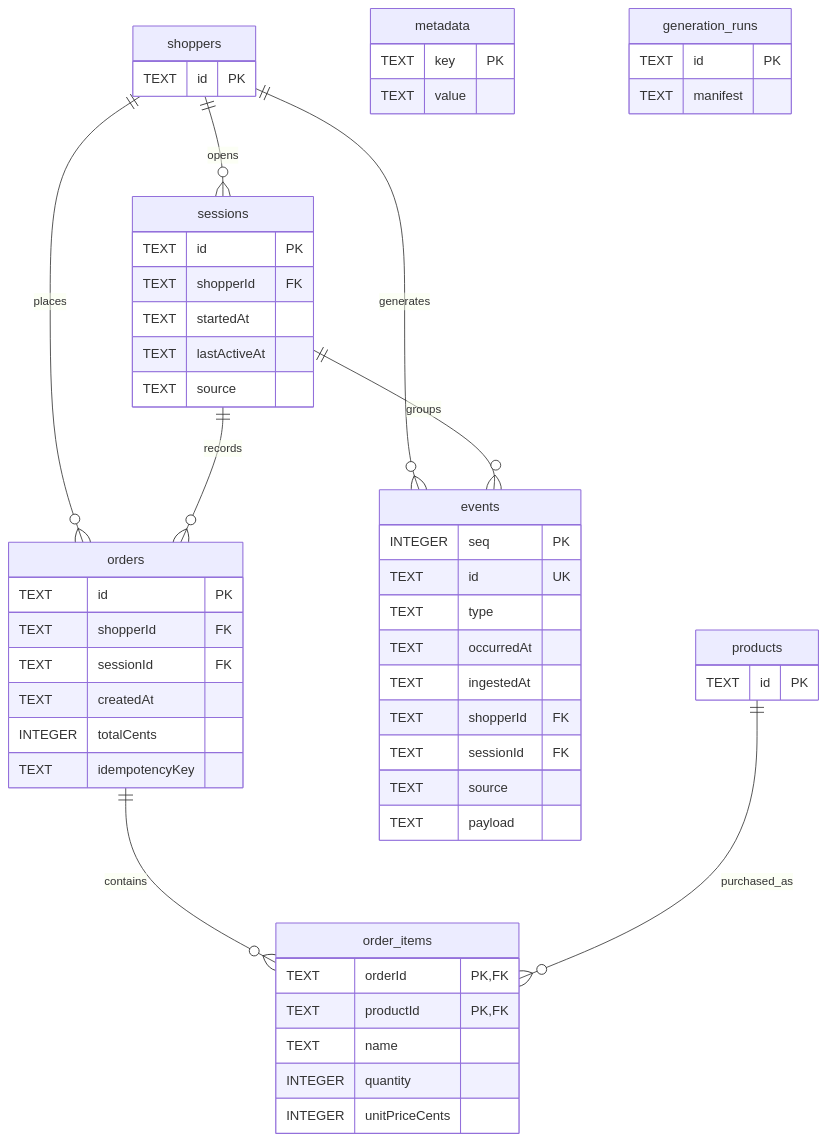
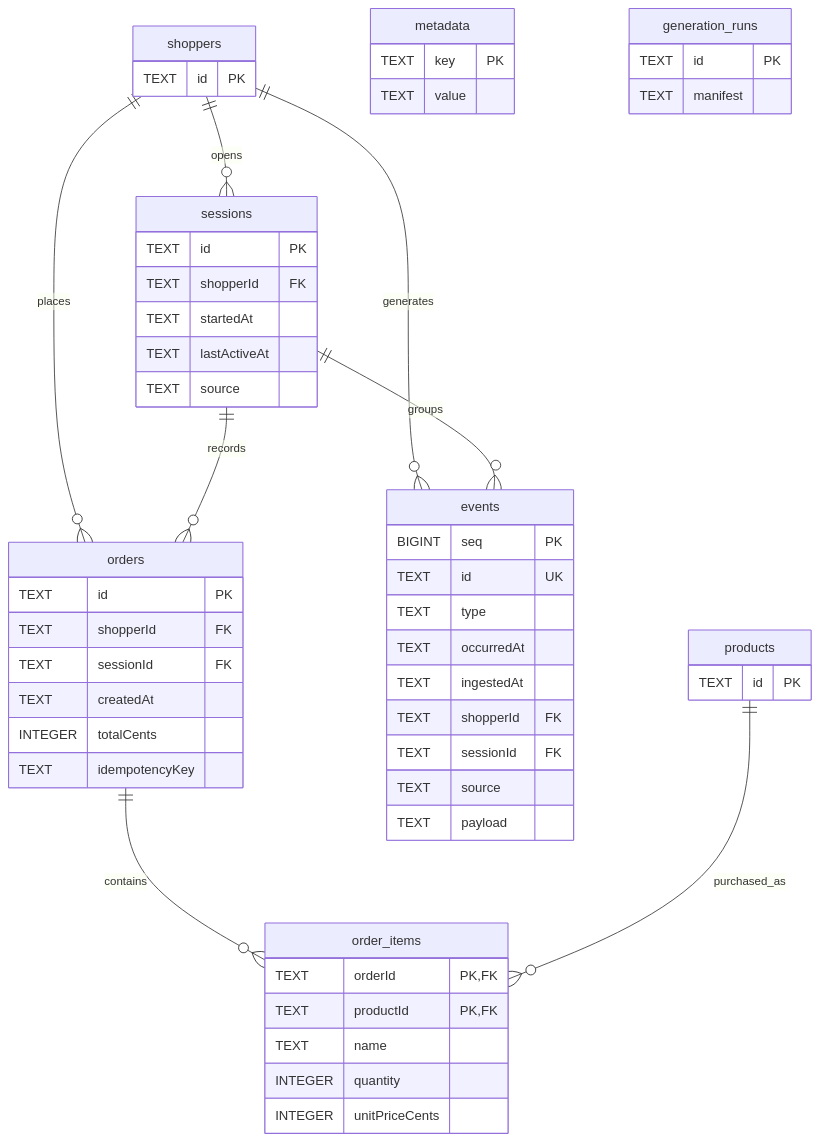
Before and after one commit to caiqueanjos/recsys-project: the second of 2 diagrams in docs/implementation/data-model.md, drawn with Mermaid. The commit also changed other lines of this file and 32 other files, not shown here.

````diff
--- a/docs/implementation/data-model.md
+++ b/docs/implementation/data-model.md
@@ -64,58 +67,58 @@
 ```mermaid
 erDiagram
     shoppers ||--o{ sessions : opens
     shoppers ||--o{ orders : places
     sessions ||--o{ orders : records
     shoppers ||--o{ events : generates
     sessions ||--o{ events : groups
     orders ||--o{ order_items : contains
     products ||--o{ order_items : purchased_as
 
     shoppers {
         TEXT id PK
     }
     products {
         TEXT id PK
     }
     sessions {
         TEXT id PK
         TEXT shopperId FK
         TEXT startedAt
         TEXT lastActiveAt
         TEXT source
     }
     orders {
         TEXT id PK
         TEXT shopperId FK
         TEXT sessionId FK
         TEXT createdAt
         INTEGER totalCents
         TEXT idempotencyKey
     }
     order_items {
         TEXT orderId PK, FK
         TEXT productId PK, FK
         TEXT name
         INTEGER quantity
         INTEGER unitPriceCents
     }
     events {
-        INTEGER seq PK
+        BIGINT seq PK
         TEXT id UK
         TEXT type
         TEXT occurredAt
         TEXT ingestedAt
         TEXT shopperId FK
         TEXT sessionId FK
         TEXT source
         TEXT payload
     }
     metadata {
         TEXT key PK
         TEXT value
     }
     generation_runs {
         TEXT id PK
         TEXT manifest
     }
 ```
````
